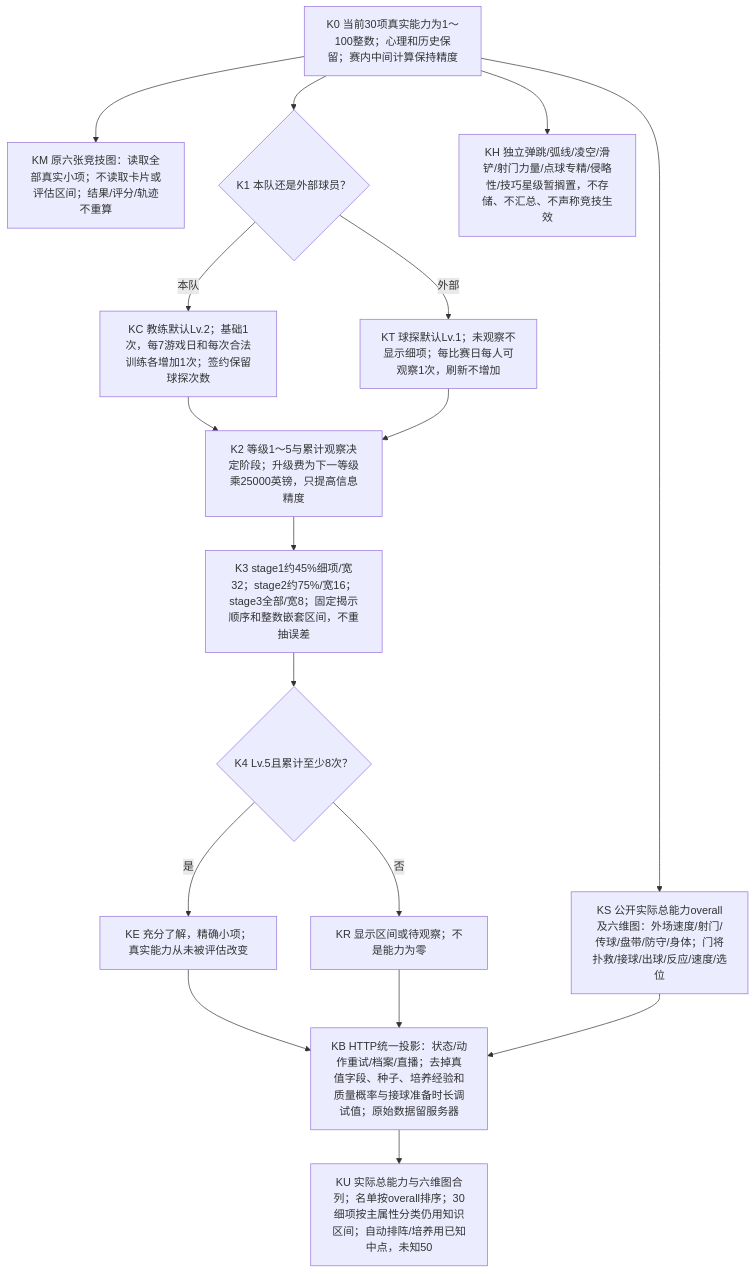
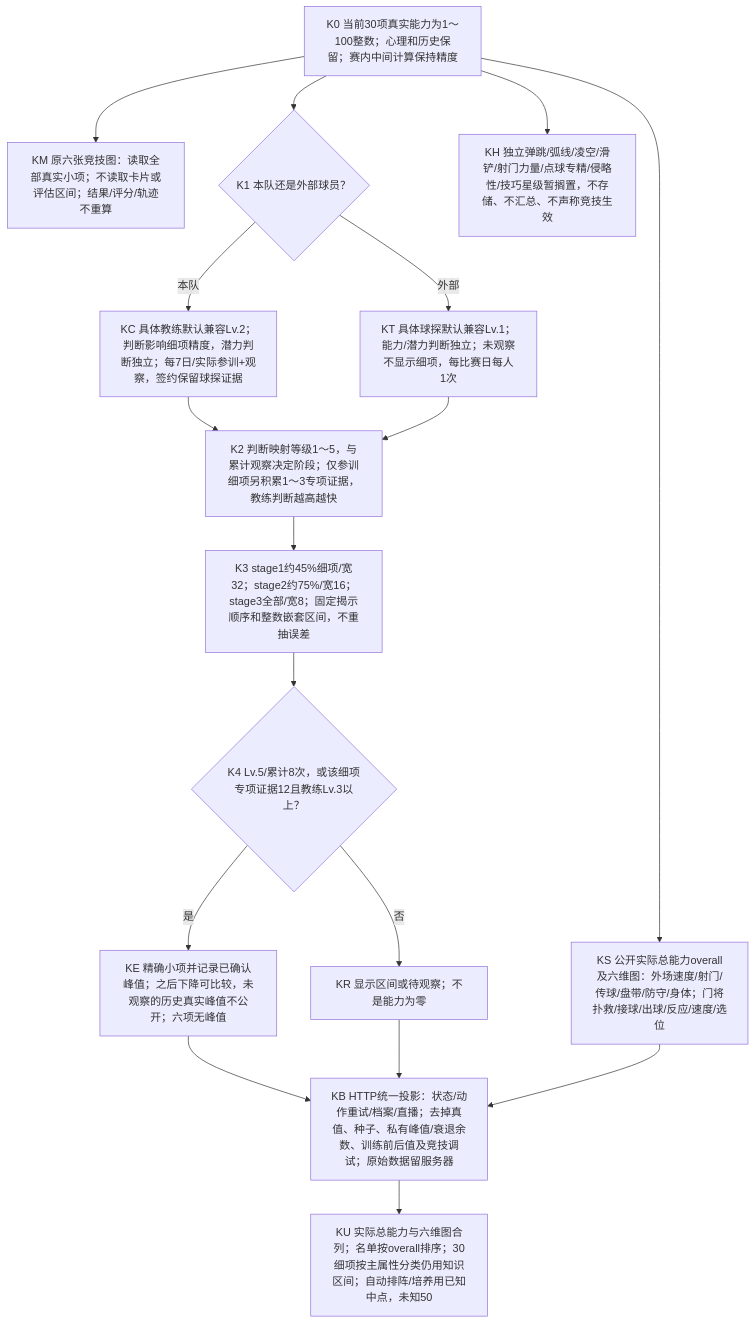
Before and after one commit to sixu3575/touchline-manager: the seventh of 7 diagrams in packages/shared/modules/matches/design/PLAYER_DECISION_MAP.md, drawn with Mermaid. The commit also changed other lines of this file and 68 other files, not shown here.

````diff
--- a/packages/shared/modules/matches/design/PLAYER_DECISION_MAP.md
+++ b/packages/shared/modules/matches/design/PLAYER_DECISION_MAP.md
@@ -480,19 +481,19 @@
 ```mermaid
 flowchart TD
   K0["K0 当前30项真实能力为1～100整数；心理和历史保留；赛内中间计算保持精度"] --> KM["KM 原六张竞技图：读取全部真实小项；不读取卡片或评估区间；结果/评分/轨迹不重算"]
   K0 --> KS["KS 公开实际总能力overall及六维图：外场速度/射门/传球/盘带/防守/身体；门将扑救/接球/出球/反应/速度/选位"]
   K0 --> K1{"K1 本队还是外部球员？"}
-  K1 -->|本队| KC["KC 教练默认Lv.2；基础1次，每7游戏日和每次合法训练各增加1次；签约保留球探次数"]
-  K1 -->|外部| KT["KT 球探默认Lv.1；未观察不显示细项；每比赛日每人可观察1次，刷新不增加"]
-  KC --> K2["K2 等级1～5与累计观察决定阶段；升级费为下一等级乘25000英镑，只提高信息精度"]
+  K1 -->|本队| KC["KC 具体教练默认兼容Lv.2；判断影响细项精度，潜力判断独立；每7日/实际参训+观察，签约保留球探证据"]
+  K1 -->|外部| KT["KT 具体球探默认兼容Lv.1；能力/潜力判断独立；未观察不显示细项，每比赛日每人1次"]
+  KC --> K2["K2 判断映射等级1～5，与累计观察决定阶段；仅参训细项另积累1～3专项证据，教练判断越高越快"]
   KT --> K2
   K2 --> K3["K3 stage1约45%细项/宽32；stage2约75%/宽16；stage3全部/宽8；固定揭示顺序和整数嵌套区间，不重抽误差"]
-  K3 --> K4{"K4 Lv.5且累计至少8次？"}
-  K4 -->|是| KE["KE 充分了解，精确小项；真实能力从未被评估改变"]
+  K3 --> K4{"K4 Lv.5/累计8次，或该细项专项证据12且教练Lv.3以上？"}
+  K4 -->|是| KE["KE 精确小项并记录已确认峰值；之后下降可比较，未观察的历史真实峰值不公开；六项无峰值"]
   K4 -->|否| KR["KR 显示区间或待观察；不是能力为零"]
-  KE --> KB["KB HTTP统一投影：状态/动作重试/档案/直播；去掉真值字段、种子、培养经验和质量概率与接球准备时长调试值；原始数据留服务器"]
+  KE --> KB["KB HTTP统一投影：状态/动作重试/档案/直播；去掉真值、种子、私有峰值/衰退余数、训练前后值及竞技调试；原始数据留服务器"]
   KR --> KB
   KS --> KB
   KB --> KU["KU 实际总能力与六维图合列；名单按overall排序；30细项按主属性分类仍用知识区间；自动排阵/培养用已知中点，未知50"]
   K0 --> KH["KH 独立弹跳/弧线/凌空/滑铲/射门力量/点球专精/侵略性/技巧星级暂搁置，不存储、不汇总、不声称竞技生效"]
 ```
````
